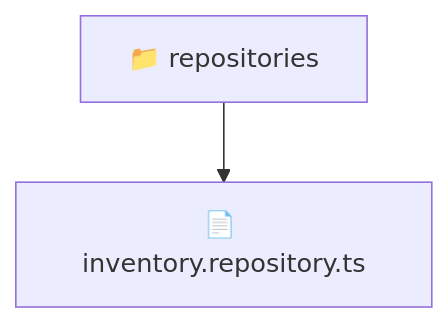
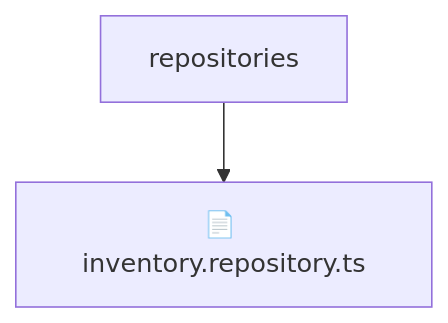
Before and after one commit to beginwebdev2002/fullstack-mavluda: the diagram in backend/src/modules/inventory/infrastructure/repositories/README.md, drawn with Mermaid. The commit also changed other lines of this file and 155 other files, not shown here.

````diff
--- a/backend/src/modules/inventory/infrastructure/repositories/README.md
+++ b/backend/src/modules/inventory/infrastructure/repositories/README.md
@@ -10,5 +14,5 @@
 ```mermaid
 graph TD
-  Root["📁 repositories"]
-  Root --> inventoryrepositoryts["📄 inventory.repository.ts"]
+    Root[repositories]
+    Root --> F0[📄 inventory.repository.ts]
 ```
````
